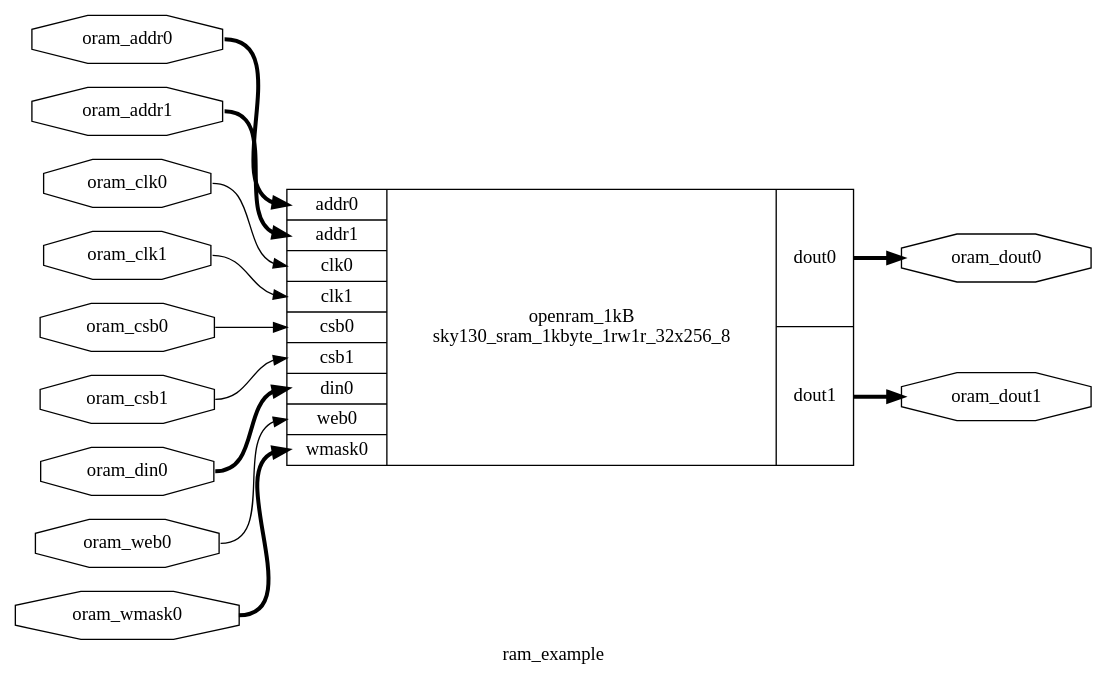
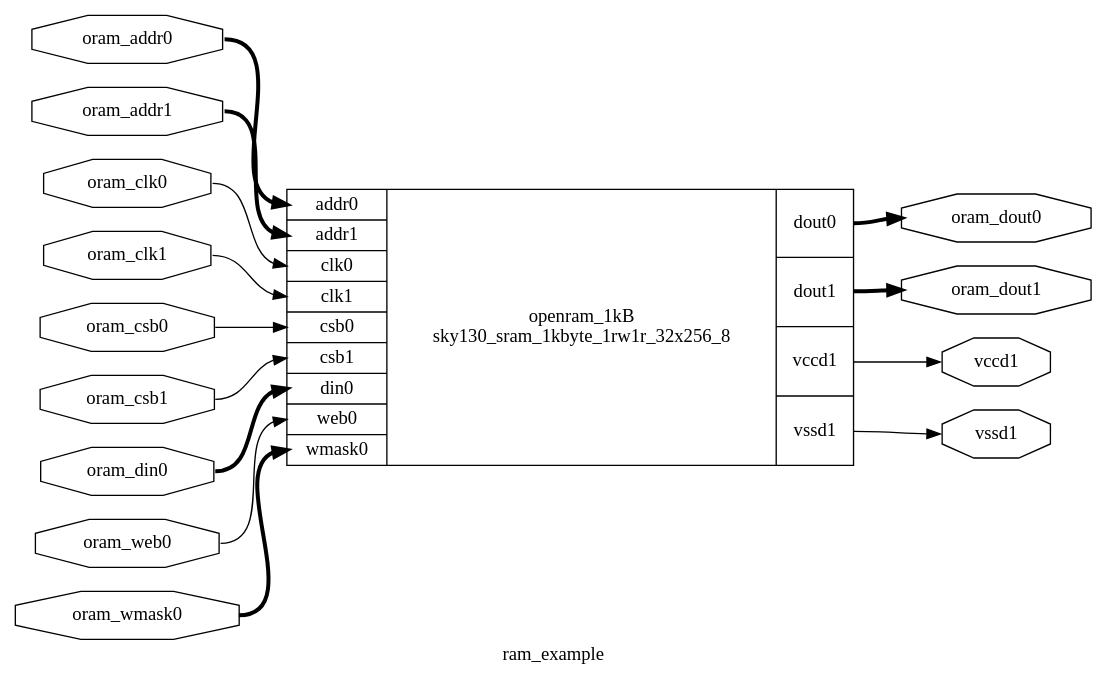
The diagram in runs/openlane_test/tmp/synthesis/hierarchy.dot (marcospazianibrunella/openlane_sky130_sram), drawn with Graphviz before and after one commit. The commit also changed 28 other files, not shown here.

```diff
--- a/runs/openlane_test/tmp/synthesis/hierarchy.dot
+++ b/runs/openlane_test/tmp/synthesis/hierarchy.dot
@@ -1,28 +1,32 @@
 digraph "ram_example" {
 label="ram_example";
 rankdir="LR";
 remincross=true;
 n1 [ shape=octagon, label="oram_dout1", color="black", fontcolor="black" ];
 n2 [ shape=octagon, label="oram_addr1", color="black", fontcolor="black" ];
 n3 [ shape=octagon, label="oram_dout0", color="black", fontcolor="black" ];
 n4 [ shape=octagon, label="oram_din0", color="black", fontcolor="black" ];
 n5 [ shape=octagon, label="oram_addr0", color="black", fontcolor="black" ];
 n6 [ shape=octagon, label="oram_wmask0", color="black", fontcolor="black" ];
 n7 [ shape=octagon, label="oram_web0", color="black", fontcolor="black" ];
 n8 [ shape=octagon, label="oram_csb1", color="black", fontcolor="black" ];
 n9 [ shape=octagon, label="oram_csb0", color="black", fontcolor="black" ];
 n10 [ shape=octagon, label="oram_clk1", color="black", fontcolor="black" ];
 n11 [ shape=octagon, label="oram_clk0", color="black", fontcolor="black" ];
-c23 [ shape=record, label="{{<p12> addr0|<p13> addr1|<p14> clk0|<p15> clk1|<p16> csb0|<p17> csb1|<p18> din0|<p19> web0|<p20> wmask0}|openram_1kB\nsky130_sram_1kbyte_1rw1r_32x256_8|{<p21> dout0|<p22> dout1}}" ];
-c23:p22:e -> n1:w [color="black", style="setlinewidth(3)", label=""];
-n10:e -> c23:p15:w [color="black", label=""];
-n11:e -> c23:p14:w [color="black", label=""];
-n2:e -> c23:p13:w [color="black", style="setlinewidth(3)", label=""];
-c23:p21:e -> n3:w [color="black", style="setlinewidth(3)", label=""];
-n4:e -> c23:p18:w [color="black", style="setlinewidth(3)", label=""];
-n5:e -> c23:p12:w [color="black", style="setlinewidth(3)", label=""];
-n6:e -> c23:p20:w [color="black", style="setlinewidth(3)", label=""];
-n7:e -> c23:p19:w [color="black", label=""];
-n8:e -> c23:p17:w [color="black", label=""];
-n9:e -> c23:p16:w [color="black", label=""];
+n12 [ shape=octagon, label="vssd1", color="black", fontcolor="black" ];
+n13 [ shape=octagon, label="vccd1", color="black", fontcolor="black" ];
+c25 [ shape=record, label="{{<p14> addr0|<p15> addr1|<p16> clk0|<p17> clk1|<p18> csb0|<p19> csb1|<p20> din0|<p21> web0|<p22> wmask0}|openram_1kB\nsky130_sram_1kbyte_1rw1r_32x256_8|{<p23> dout0|<p24> dout1|<p13> vccd1|<p12> vssd1}}" ];
+c25:p24:e -> n1:w [color="black", style="setlinewidth(3)", label=""];
+n10:e -> c25:p17:w [color="black", label=""];
+n11:e -> c25:p16:w [color="black", label=""];
+c25:p12:e -> n12:w [color="black", label=""];
+c25:p13:e -> n13:w [color="black", label=""];
+n2:e -> c25:p15:w [color="black", style="setlinewidth(3)", label=""];
+c25:p23:e -> n3:w [color="black", style="setlinewidth(3)", label=""];
+n4:e -> c25:p20:w [color="black", style="setlinewidth(3)", label=""];
+n5:e -> c25:p14:w [color="black", style="setlinewidth(3)", label=""];
+n6:e -> c25:p22:w [color="black", style="setlinewidth(3)", label=""];
+n7:e -> c25:p21:w [color="black", label=""];
+n8:e -> c25:p19:w [color="black", label=""];
+n9:e -> c25:p18:w [color="black", label=""];
 }
```
